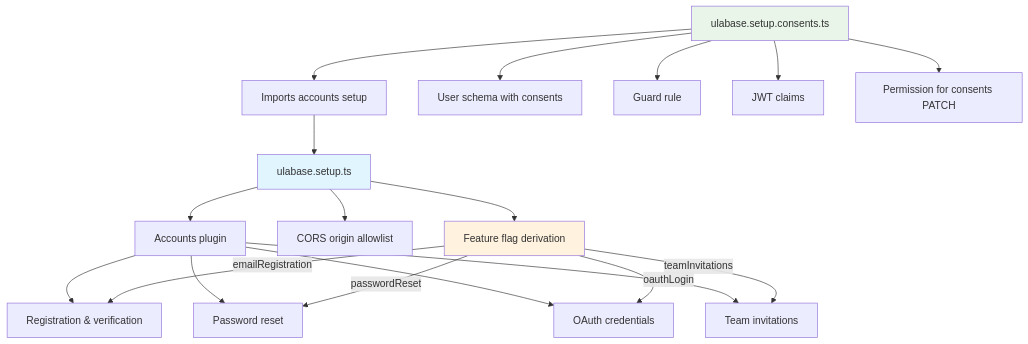
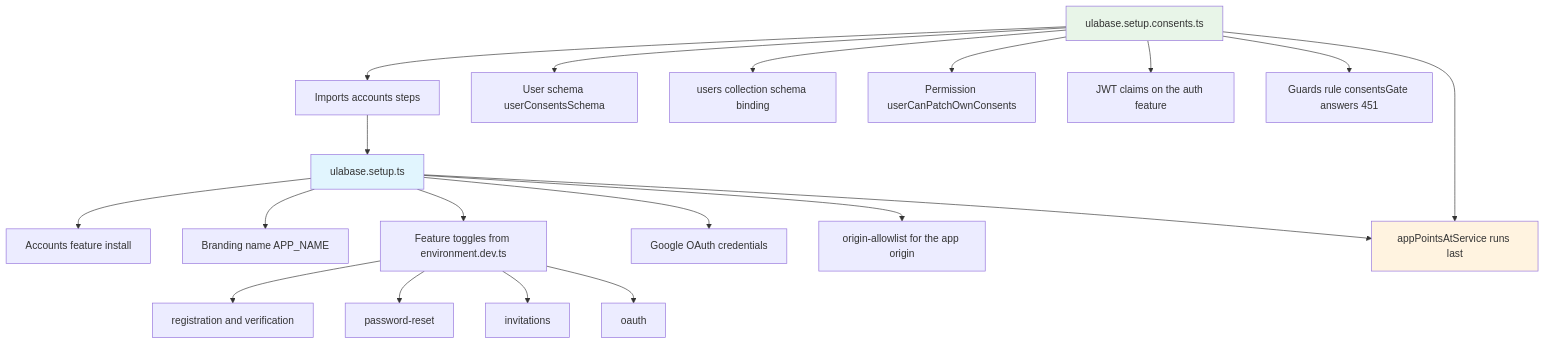
The first of 5 diagrams in openwiki/operations.md (ulabase/starter-ng), drawn with Mermaid before and after one commit. The commit also changed other lines of this file and 15 other files, not shown here.

````diff
--- a/openwiki/operations.md
+++ b/openwiki/operations.md
@@ -81,28 +90,28 @@
 ```mermaid
 flowchart TD
-    A[ulabase.setup.ts] --> B[Accounts plugin]
-    A --> C[CORS origin allowlist]
-    A --> D[Feature flag derivation]
-    
-    E[ulabase.setup.consents.ts] --> F[Imports accounts setup]
-    E --> G[User schema with consents]
-    E --> H[Guard rule]
-    E --> I[JWT claims]
-    E --> J[Permission for consents PATCH]
-    
-    F --> A
-    
-    B --> K[Registration & verification]
-    B --> L[Password reset]
-    B --> M[OAuth credentials]
-    B --> N[Team invitations]
-    
-    D -->|"emailRegistration"| K
-    D -->|"passwordReset"| L
-    D -->|"oauthLogin"| M
-    D -->|"teamInvitations"| N
-    
+    A["ulabase.setup.ts"] --> B["Accounts feature install"]
+    A --> C["Branding name APP_NAME"]
+    A --> D["Feature toggles from environment.dev.ts"]
+    A --> E["Google OAuth credentials"]
+    A --> F["origin-allowlist for the app origin"]
+    A --> R["appPointsAtService runs last"]
+
+    G["ulabase.setup.consents.ts"] --> H["Imports accounts steps"]
+    G --> I["User schema userConsentsSchema"]
+    G --> J["users collection schema binding"]
+    G --> K["Permission userCanPatchOwnConsents"]
+    G --> L["JWT claims on the auth feature"]
+    G --> M["Guards rule consentsGate answers 451"]
+    G --> R
+
+    H --> A
+
+    D --> N["registration and verification"]
+    D --> O["password-reset"]
+    D --> P["invitations"]
+    D --> Q["oauth"]
+
     style A fill:#e1f5fe
-    style E fill:#e8f5e8
-    style D fill:#fff3e0
+    style G fill:#e8f5e8
+    style R fill:#fff3e0
 ```
````
